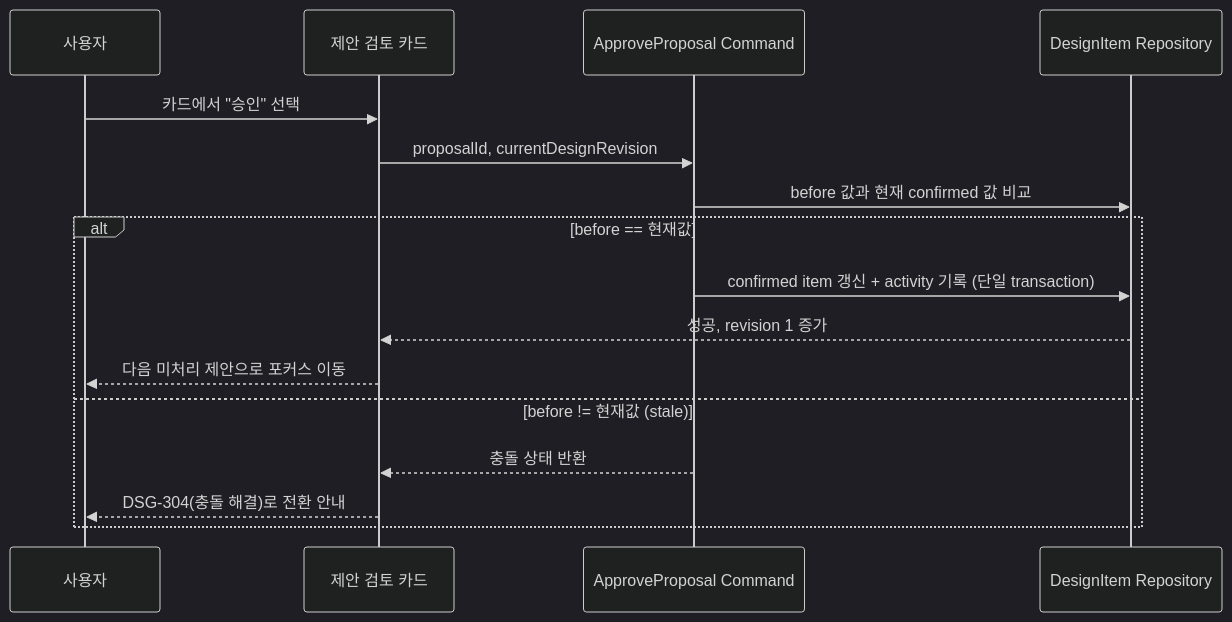
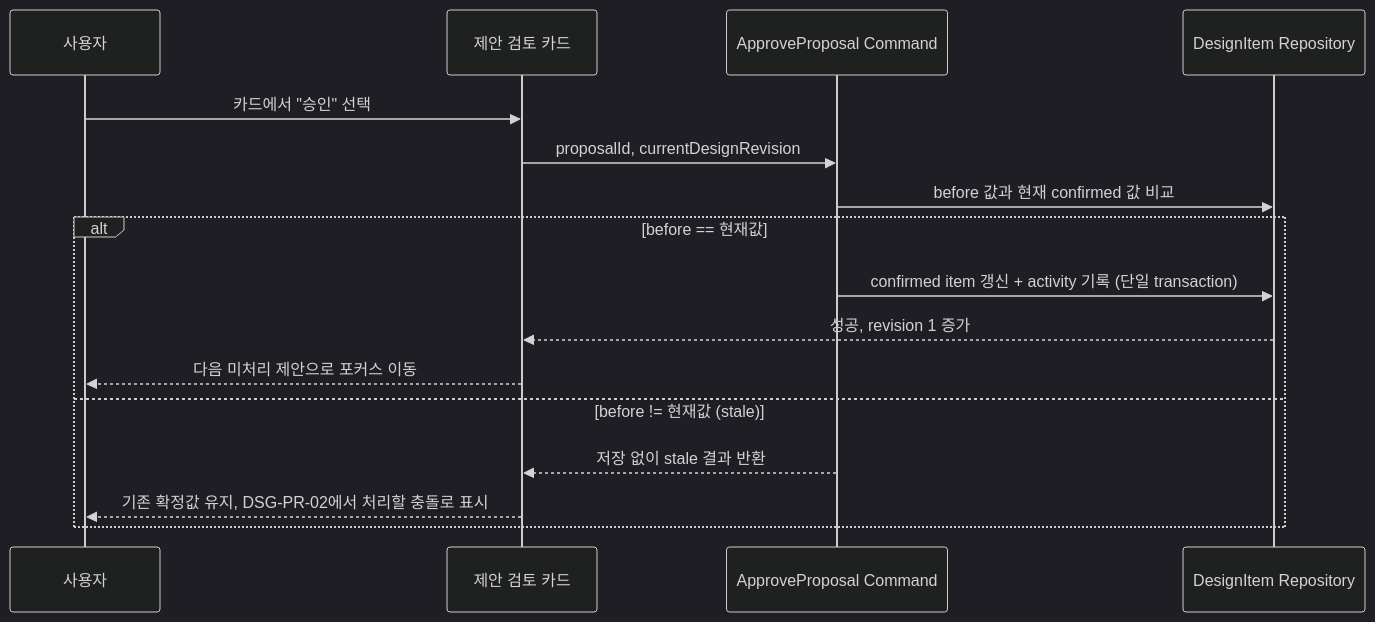
Before and after one commit to donghyunlee-dev/ai-agent-blueprint: the second of 2 diagrams in docs/tasks/DSG-PR-01/plan.md, drawn with Mermaid (dark theme). The commit also changed other lines of this file and 19 other files, not shown here.

````diff
--- a/docs/tasks/DSG-PR-01/plan.md
+++ b/docs/tasks/DSG-PR-01/plan.md
@@ -61,19 +65,19 @@
 ```mermaid
 sequenceDiagram
     participant U as 사용자
     participant UI as 제안 검토 카드
     participant CMD as ApproveProposal Command
     participant REPO as DesignItem Repository
 
     U->>UI: 카드에서 "승인" 선택
     UI->>CMD: proposalId, currentDesignRevision
     CMD->>REPO: before 값과 현재 confirmed 값 비교
     alt before == 현재값
         CMD->>REPO: confirmed item 갱신 + activity 기록 (단일 transaction)
         REPO-->>UI: 성공, revision 1 증가
         UI-->>U: 다음 미처리 제안으로 포커스 이동
     else before != 현재값 (stale)
-        CMD-->>UI: 충돌 상태 반환
-        UI-->>U: DSG-304(충돌 해결)로 전환 안내
+        CMD-->>UI: 저장 없이 stale 결과 반환
+        UI-->>U: 기존 확정값 유지, DSG-PR-02에서 처리할 충돌로 표시
     end
 ```
````
